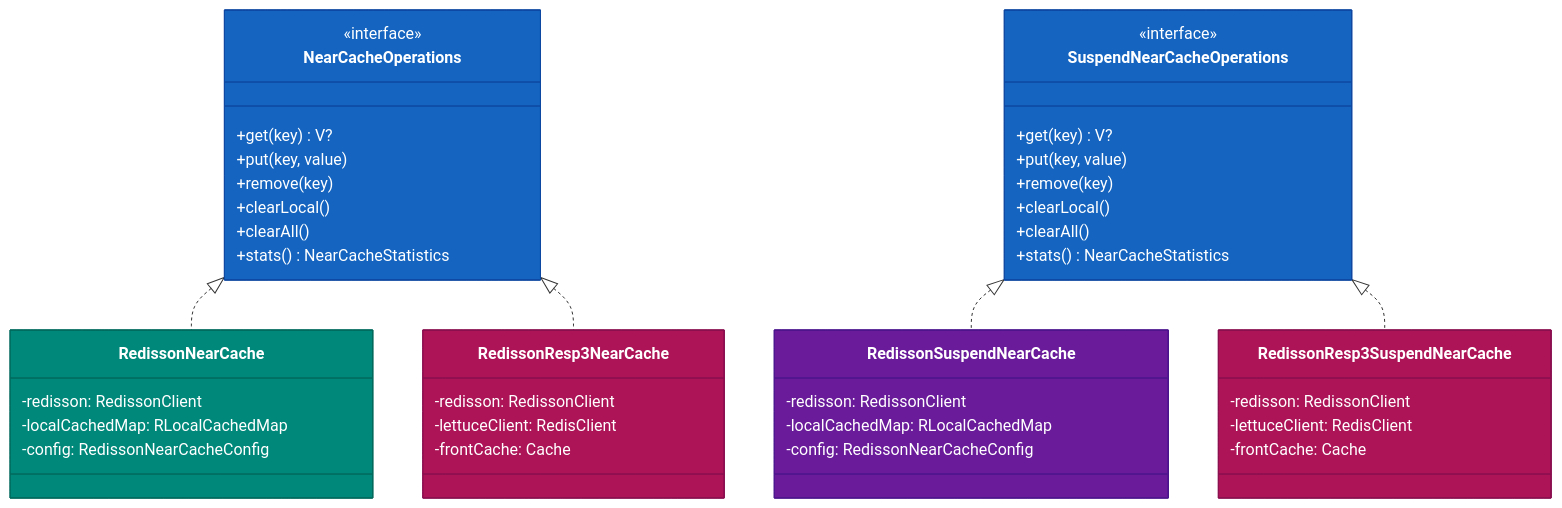
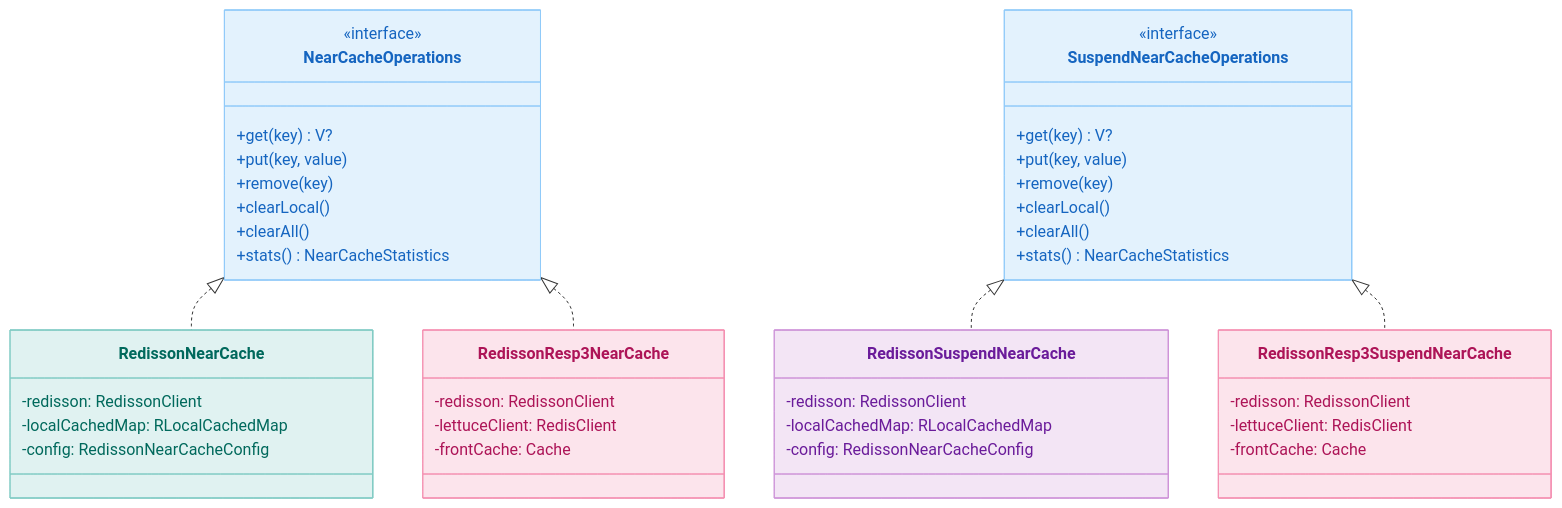
One commit to bluetape4k/bluetape4k-projects changed the first of 2 diagrams in infra/cache-redisson/README.md. Above: the diagram before and after it, drawn with Mermaid. The commit also changed other lines of this file and 219 other files, not shown here.

First line of the commit message:
docs: 전체 README Mermaid 다이어그램 가이드 적용

````diff
--- a/infra/cache-redisson/README.md
+++ b/infra/cache-redisson/README.md
@@ -53,58 +53,58 @@
 ```mermaid
 classDiagram
     class NearCacheOperations {
         <<interface>>
         +get(key) V?
         +put(key, value)
         +remove(key)
         +clearLocal()
         +clearAll()
         +stats() NearCacheStatistics
     }
 
     class SuspendNearCacheOperations {
         <<interface>>
         +get(key) V?
         +put(key, value)
         +remove(key)
         +clearLocal()
         +clearAll()
         +stats() NearCacheStatistics
     }
 
     class RedissonNearCache {
         -redisson: RedissonClient
         -localCachedMap: RLocalCachedMap
         -config: RedissonNearCacheConfig
     }
 
     class RedissonSuspendNearCache {
         -redisson: RedissonClient
         -localCachedMap: RLocalCachedMap
         -config: RedissonNearCacheConfig
     }
 
     class RedissonResp3NearCache {
         -redisson: RedissonClient
         -lettuceClient: RedisClient
         -frontCache: Cache
     }
 
     class RedissonResp3SuspendNearCache {
         -redisson: RedissonClient
         -lettuceClient: RedisClient
         -frontCache: Cache
     }
 
     NearCacheOperations <|.. RedissonNearCache
     NearCacheOperations <|.. RedissonResp3NearCache
     SuspendNearCacheOperations <|.. RedissonSuspendNearCache
     SuspendNearCacheOperations <|.. RedissonResp3SuspendNearCache
 
-    style NearCacheOperations fill:#1565C0,stroke:#0D47A1,color:#FFFFFF
-    style SuspendNearCacheOperations fill:#1565C0,stroke:#0D47A1,color:#FFFFFF
-    style RedissonNearCache fill:#00897B,stroke:#00695C,color:#FFFFFF
-    style RedissonSuspendNearCache fill:#6A1B9A,stroke:#4A148C,color:#FFFFFF
-    style RedissonResp3NearCache fill:#AD1457,stroke:#880E4F,color:#FFFFFF
-    style RedissonResp3SuspendNearCache fill:#AD1457,stroke:#880E4F,color:#FFFFFF
+    style NearCacheOperations fill:#E3F2FD,stroke:#90CAF9,color:#1565C0
+    style SuspendNearCacheOperations fill:#E3F2FD,stroke:#90CAF9,color:#1565C0
+    style RedissonNearCache fill:#E0F2F1,stroke:#80CBC4,color:#00695C
+    style RedissonSuspendNearCache fill:#F3E5F5,stroke:#CE93D8,color:#6A1B9A
+    style RedissonResp3NearCache fill:#FCE4EC,stroke:#F48FB1,color:#AD1457
+    style RedissonResp3SuspendNearCache fill:#FCE4EC,stroke:#F48FB1,color:#AD1457
 ```
````
